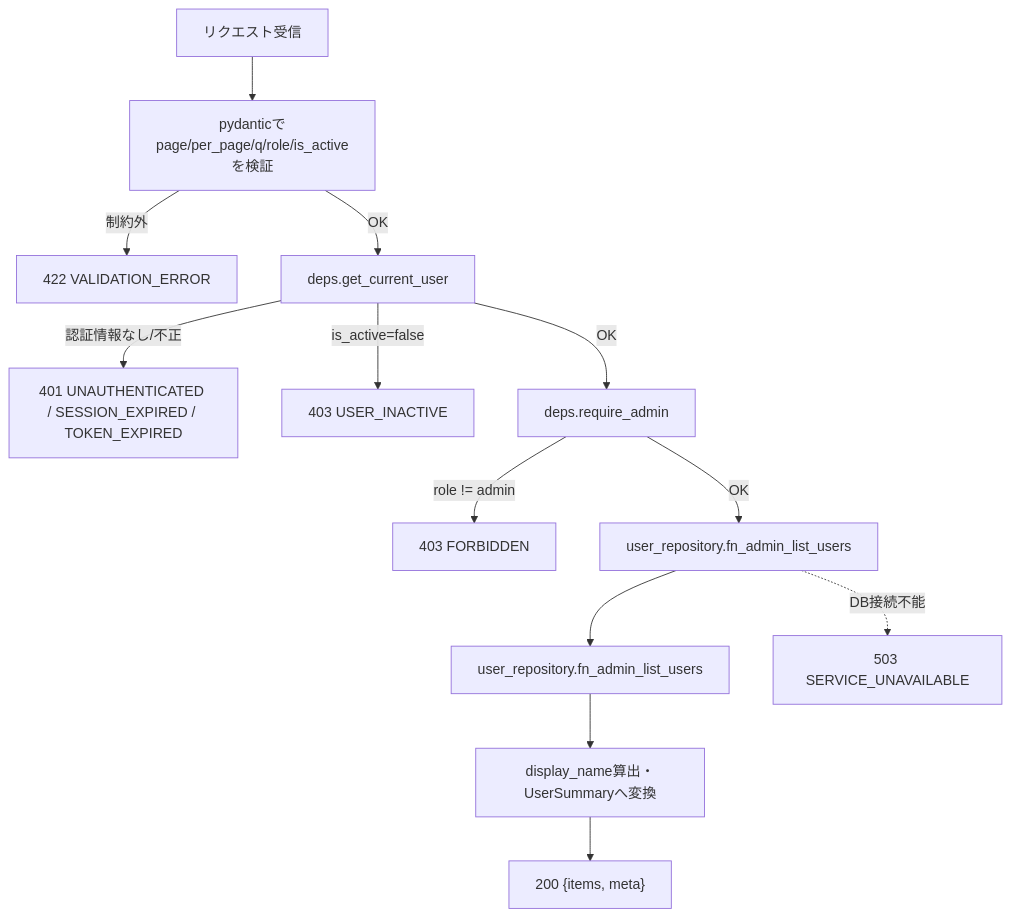
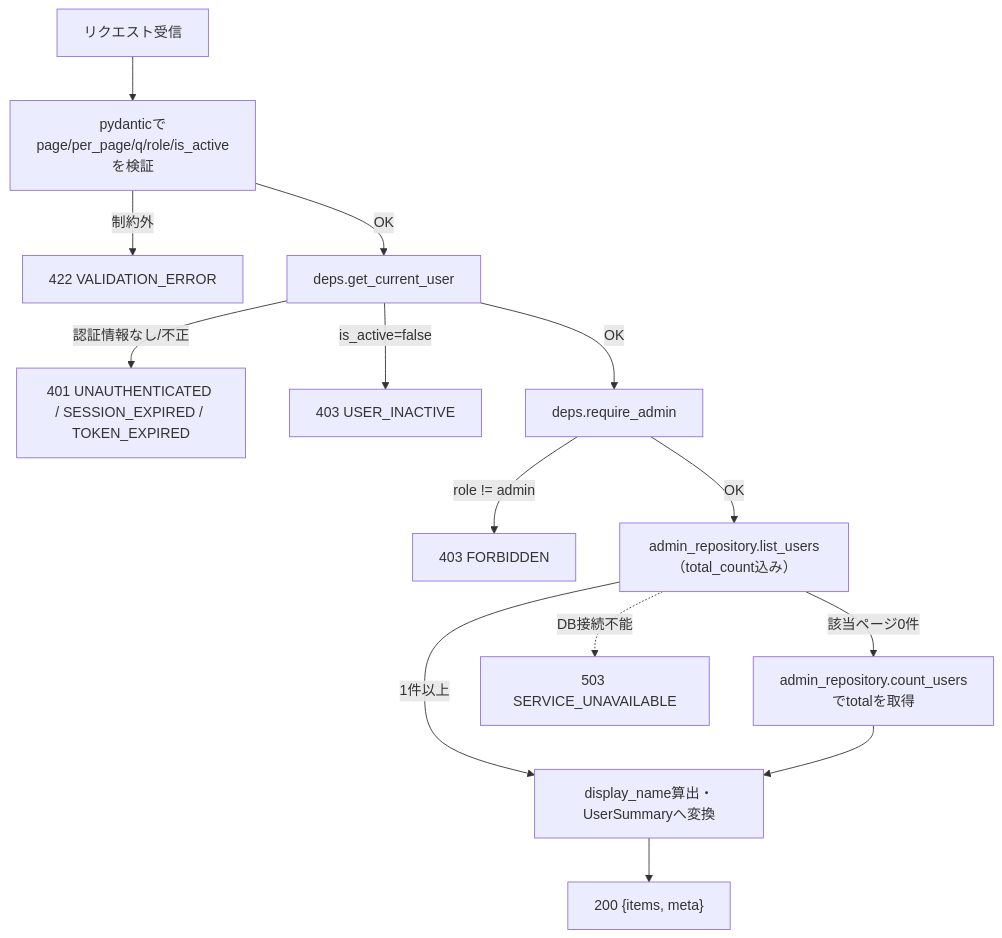
Before and after one commit to oikawa-d/task_management: the second of 4 diagrams in docs/detailed_design/api/admin/01_get_admin_users.md, drawn with Mermaid. The commit also changed other lines of this file and 28 other files, not shown here.

First line of the commit message:
fix: #347レビュー対応（total_count・監査ログ・SP1回呼び出し・RedisError限定）

````diff
--- a/docs/detailed_design/api/admin/01_get_admin_users.md
+++ b/docs/detailed_design/api/admin/01_get_admin_users.md
@@ -130,15 +133,16 @@
 ```mermaid
 flowchart TB
     A["リクエスト受信"] --> B["pydanticでpage/per_page/q/role/is_activeを検証"]
     B -->|"制約外"| B1["422 VALIDATION_ERROR"]
     B -->|"OK"| C["deps.get_current_user"]
     C -->|"認証情報なし/不正"| C1["401 UNAUTHENTICATED / SESSION_EXPIRED / TOKEN_EXPIRED"]
     C -->|"is_active=false"| C2["403 USER_INACTIVE"]
     C -->|"OK"| E["deps.require_admin"]
     E -->|"role != admin"| E1["403 FORBIDDEN"]
-    E -->|"OK"| F["user_repository.fn_admin_list_users"]
-    F --> G["user_repository.fn_admin_list_users"]
-    G --> H["display_name算出・UserSummaryへ変換"]
+    E -->|"OK"| F["admin_repository.list_users（total_count込み）"]
+    F -->|"該当ページ0件"| F2["admin_repository.count_usersでtotalを取得"]
+    F -->|"1件以上"| H["display_name算出・UserSummaryへ変換"]
+    F2 --> H
     H --> I["200 {items, meta}"]
     F -.->|"DB接続不能"| J["503 SERVICE_UNAVAILABLE"]
 ```
````
